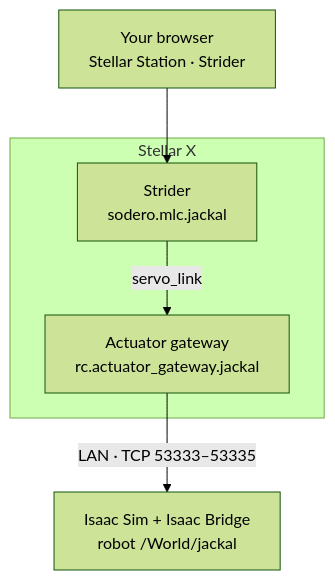
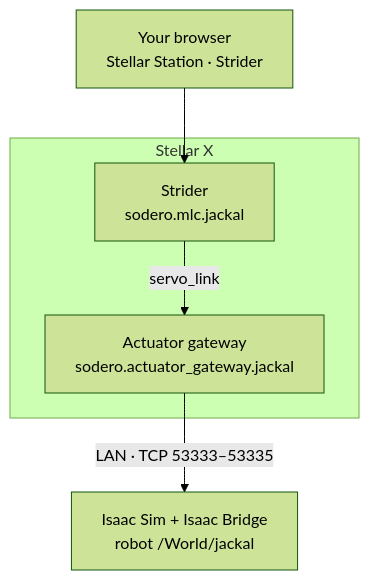
One commit to Sodero-labs/docs changed the diagram in stellar-x/docs/get_started/quick_start/index.md. Above: the diagram before and after it, drawn with Mermaid (forest theme). The commit also changed other lines of this file and 16 other files, not shown here.

````diff
--- a/stellar-x/docs/get_started/quick_start/index.md
+++ b/stellar-x/docs/get_started/quick_start/index.md
@@ -10,10 +14,10 @@
 ```mermaid
 flowchart TB
     B["Your browser<br>Stellar Station · Strider"]
     subgraph SX ["Stellar X"]
-        S["Strider<br>sodero.mlc.jackal"] -- servo_link --> G["Actuator gateway<br>rc.actuator_gateway.jackal"]
+        S["Strider<br>sodero.mlc.jackal"] -- servo_link --> G["Actuator gateway<br>sodero.actuator_gateway.jackal"]
     end
     I["Isaac Sim + Isaac Bridge<br>robot /World/jackal"]
     B --> S
     G -- "LAN · TCP 53333–53335" --> I
 ```
````
